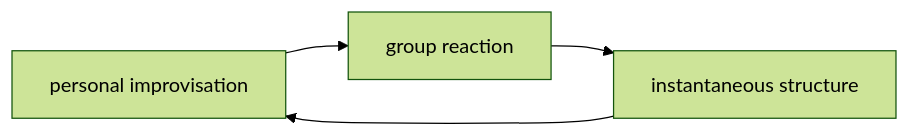
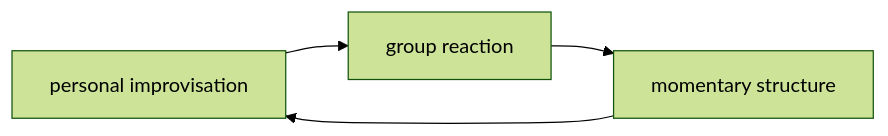
One commit to monumental-movement/monumental-movement.github.io changed the first of 2 diagrams in en/_posts/2026-01-11-column-avant-garde-jazz.md. Above: the diagram before and after it, drawn with Mermaid (forest theme). The commit also changed 504 other files, not shown here.

```diff
--- a/en/_posts/2026-01-11-column-avant-garde-jazz.md
+++ b/en/_posts/2026-01-11-column-avant-garde-jazz.md
@@ -158,6 +158,6 @@
 <div class="mermaid">
 flowchart LR
 A[personal improvisation] --> B[group reaction]
-B --> C[instantaneous structure]
+B --> C[momentary structure]
 C --> A
 </div>
```
